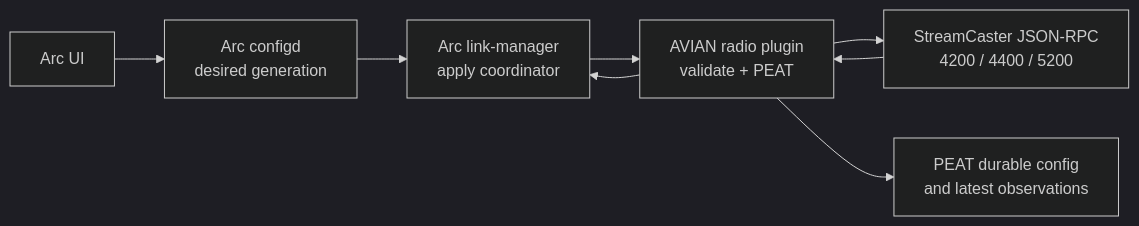
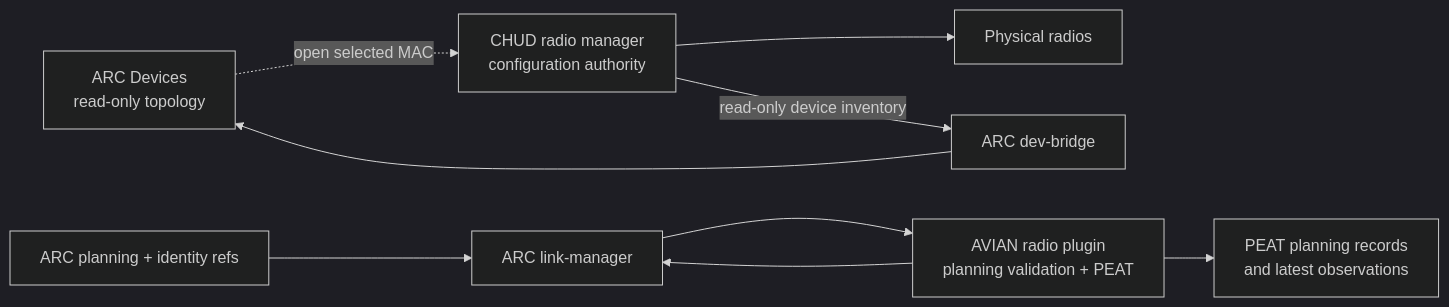
Before and after one commit to andrewodom18/AVIAN: the diagram in docs/arc-radio-plugin.md, drawn with Mermaid (dark theme). The commit also changed other lines of this file and 26 other files, not shown here.

````diff
--- a/docs/arc-radio-plugin.md
+++ b/docs/arc-radio-plugin.md
@@ -8,10 +9,11 @@
 ```mermaid
 flowchart LR
-    UI["Arc UI"] --> CFG["Arc configd\ndesired generation"]
-    CFG --> LM["Arc link-manager\napply coordinator"]
-    LM --> PLUGIN["AVIAN radio plugin\nvalidate + PEAT"]
-    PLUGIN --> RADIO["StreamCaster JSON-RPC\n4200 / 4400 / 5200"]
-    PLUGIN --> PEAT["PEAT durable config\nand latest observations"]
-    RADIO --> PLUGIN
+    UI["ARC Devices\nread-only topology"] -. "open selected MAC" .-> CHUD["CHUD radio manager\nconfiguration authority"]
+    CHUD --> RADIO["Physical radios"]
+    CHUD -- "read-only device inventory" --> BRIDGE["ARC dev-bridge"]
+    BRIDGE --> UI
+    PLAN["ARC planning + identity refs"] --> LM["ARC link-manager"]
+    LM --> PLUGIN["AVIAN radio plugin\nplanning validation + PEAT"]
+    PLUGIN --> PEAT["PEAT planning records\nand latest observations"]
     PLUGIN --> LM
 ```
````
